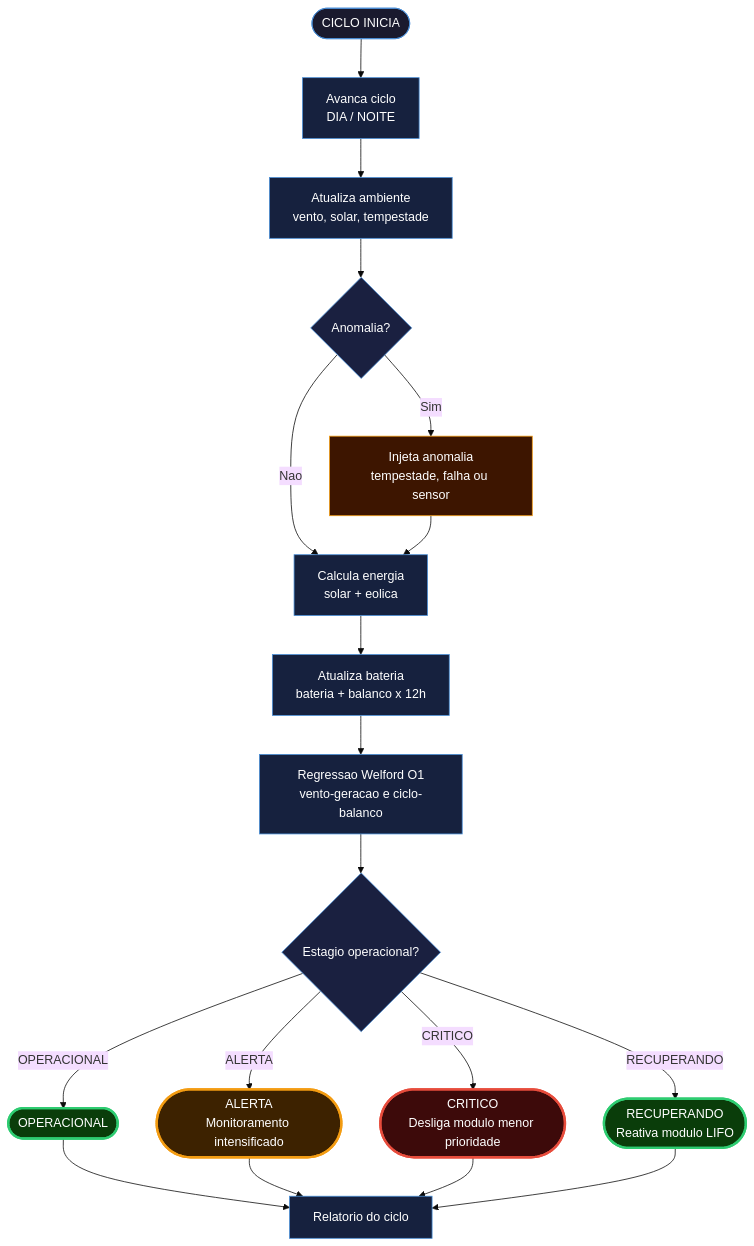
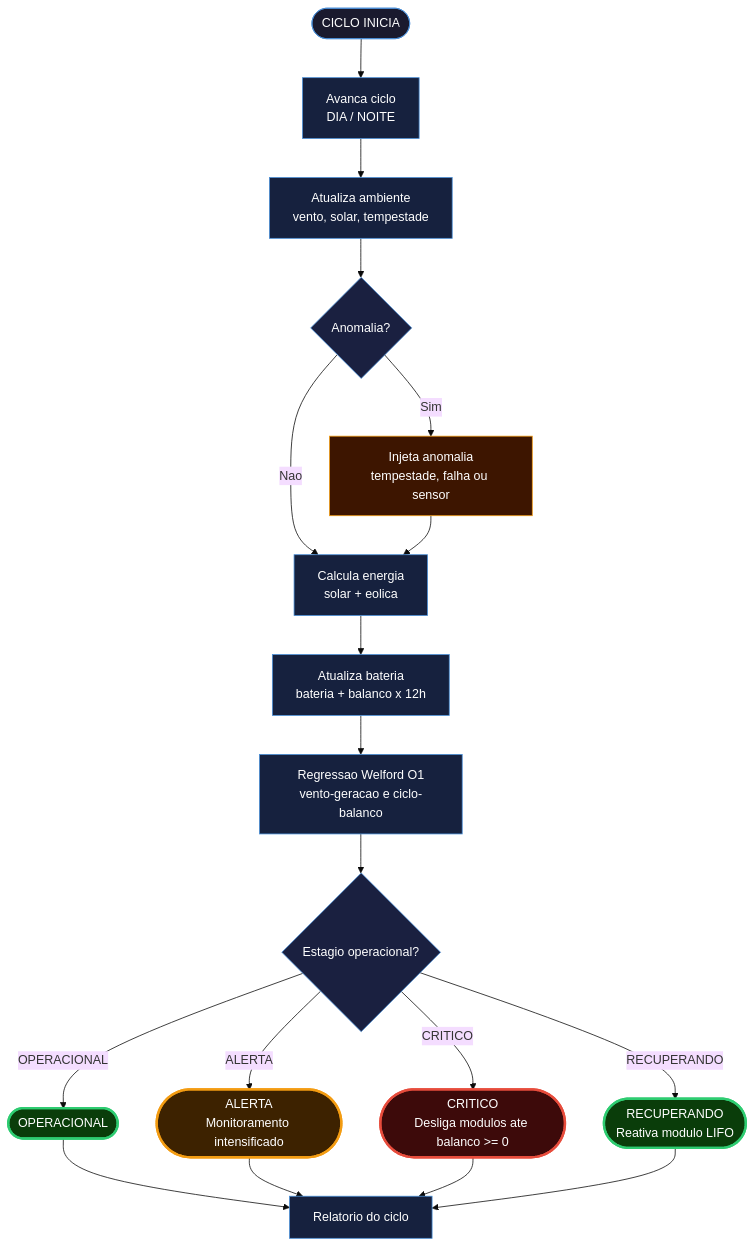
The first of 6 diagrams in README.md (juliaramosguedes/fiap-fase-3-aurora-siger), drawn with Mermaid (base theme) before and after one commit. The commit also changed other lines of this file and 1 other file, not shown here.

````diff
--- a/README.md
+++ b/README.md
@@ -39,35 +39,35 @@
 ```mermaid
 flowchart TD
     A([CICLO INICIA]) --> B[Avanca ciclo\nDIA / NOITE]
     B --> C[Atualiza ambiente\nvento, solar, tempestade]
     C --> D{Anomalia?}
     D -->|Sim| E[Injeta anomalia\ntempestade, falha ou sensor]
     D -->|Nao| F[Calcula energia\nsolar + eolica]
     E --> F
     F --> G[Atualiza bateria\nbateria + balanco x 12h]
     G --> H[Regressao Welford O1\nvento-geracao e ciclo-balanco]
     H --> I{Estagio operacional?}
-    I -->|CRITICO| L([CRITICO\nDesliga modulo menor prioridade])
+    I -->|CRITICO| L([CRITICO\nDesliga modulos ate balanco >= 0])
     I -->|ALERTA| K([ALERTA\nMonitoramento intensificado])
     I -->|RECUPERANDO| M([RECUPERANDO\nReativa modulo LIFO])
     I -->|OPERACIONAL| J([OPERACIONAL])
     J --> N[Relatorio do ciclo]
     K --> N
     L --> N
     M --> N
 
     style A fill:#1a1a2e,color:#fff,stroke:#4a90d9
     style B fill:#16213e,color:#fff,stroke:#4a90d9
     style C fill:#16213e,color:#fff,stroke:#4a90d9
     style D fill:#1a2040,color:#fff,stroke:#4a90d9
     style E fill:#3d1500,color:#fff,stroke:#f39c12
     style F fill:#16213e,color:#fff,stroke:#4a90d9
     style G fill:#16213e,color:#fff,stroke:#4a90d9
     style H fill:#16213e,color:#fff,stroke:#4a90d9
     style I fill:#1a2040,color:#fff,stroke:#4a90d9
     style J fill:#0a3d0a,color:#fff,stroke:#2ecc71,stroke-width:3px
     style K fill:#3d2200,color:#fff,stroke:#f39c12,stroke-width:3px
     style L fill:#3d0a0a,color:#fff,stroke:#e74c3c,stroke-width:3px
     style M fill:#0a3d0a,color:#fff,stroke:#2ecc71,stroke-width:3px
     style N fill:#16213e,color:#fff,stroke:#4a90d9
 ```
````
